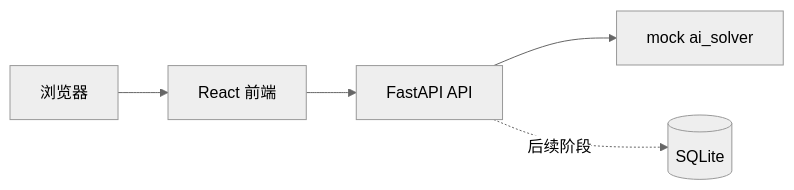
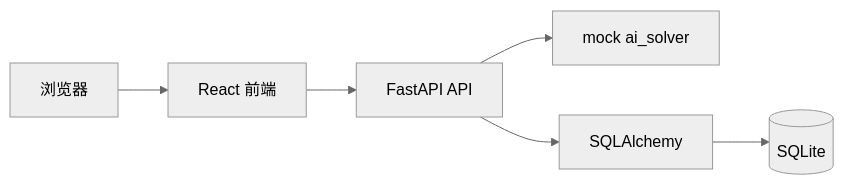
The diagram in docs/architecture.md (SZQ-code/leetcode_copilot), drawn with Mermaid (neutral theme) before and after one commit. The commit also changed other lines of this file and 27 other files, not shown here.

````diff
--- a/docs/architecture.md
+++ b/docs/architecture.md
@@ -7,7 +7,8 @@
 ```mermaid
 flowchart LR
     U[浏览器] --> F[React 前端]
     F --> A[FastAPI API]
     A --> S[mock ai_solver]
-    A -. 后续阶段 .-> D[(SQLite)]
+    A --> O[SQLAlchemy]
+    O --> D[(SQLite)]
 ```
````
